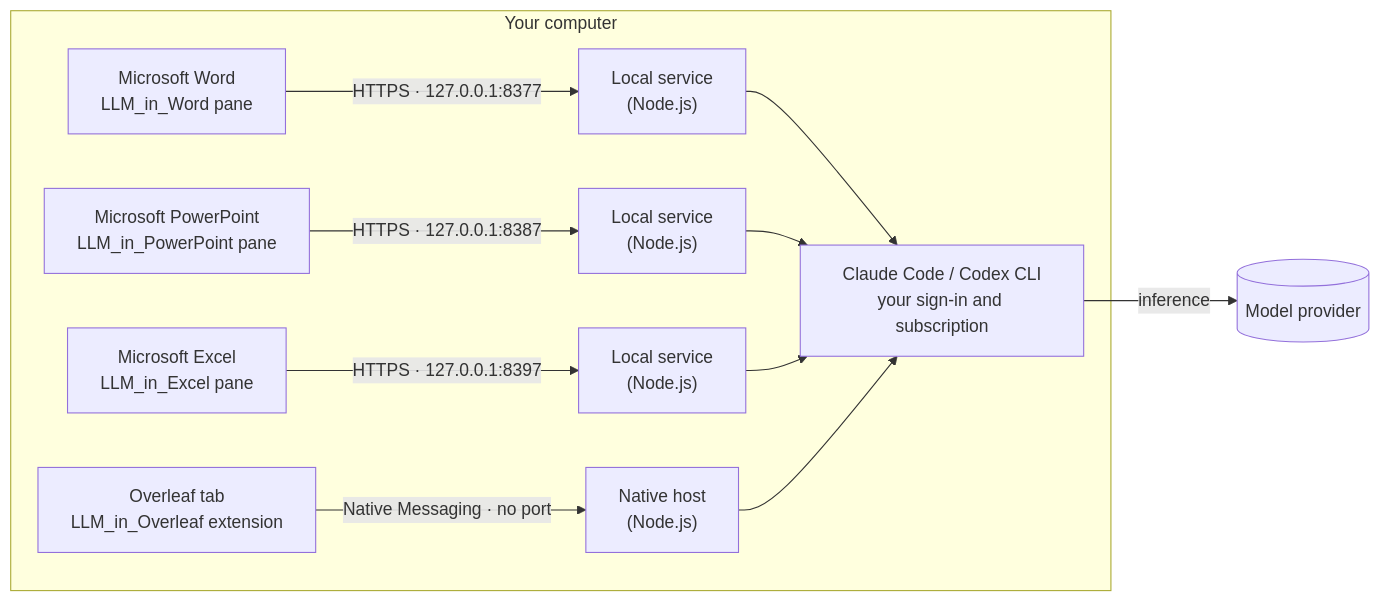
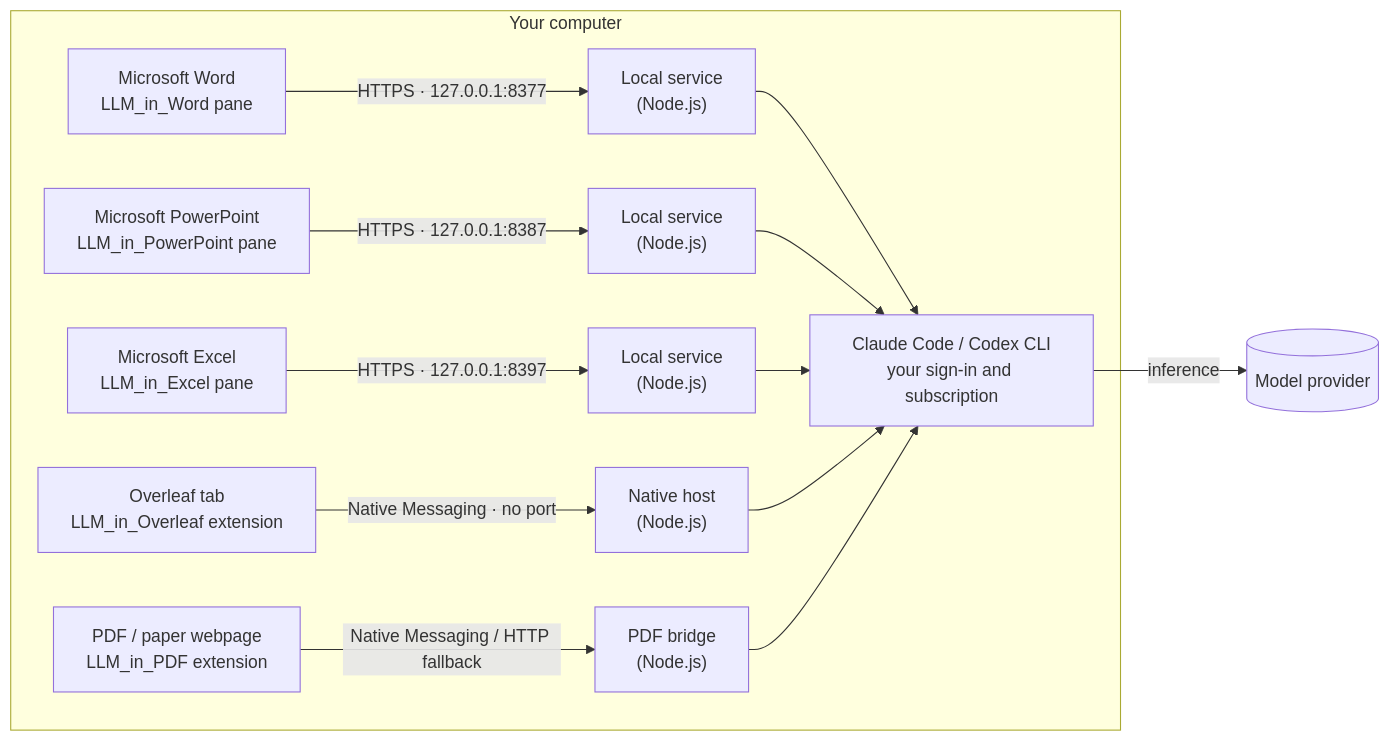
One commit to ZJU-OmniAI/LLM_in_Work changed the diagram in README.md. Above: the diagram before and after it, drawn with Mermaid. The commit also changed other lines of this file and 429 other files, not shown here.

Commit message:
Add LLM_in_PDF with regression tests, bilingual guides and five-assistant demos

````diff
--- a/README.md
+++ b/README.md
@@ -91,14 +103,16 @@
 ```mermaid
 flowchart LR
   subgraph PC["Your computer"]
     W["Microsoft Word<br/>LLM_in_Word pane"] -- "HTTPS · 127.0.0.1:8377" --> S["Local service<br/>(Node.js)"]
     PP["Microsoft PowerPoint<br/>LLM_in_PowerPoint pane"] -- "HTTPS · 127.0.0.1:8387" --> SP["Local service<br/>(Node.js)"]
     X["Microsoft Excel<br/>LLM_in_Excel pane"] -- "HTTPS · 127.0.0.1:8397" --> SX["Local service<br/>(Node.js)"]
     O["Overleaf tab<br/>LLM_in_Overleaf extension"] -- "Native Messaging · no port" --> H["Native host<br/>(Node.js)"]
+    D["PDF / paper webpage<br/>LLM_in_PDF extension"] -- "Native Messaging / HTTP fallback" --> HP["PDF bridge<br/>(Node.js)"]
     S --> C["Claude Code / Codex CLI<br/>your sign-in and subscription"]
     SP --> C
     SX --> C
     H --> C
+    HP --> C
   end
   C -- "inference" --> P[("Model provider")]
 ```
````
